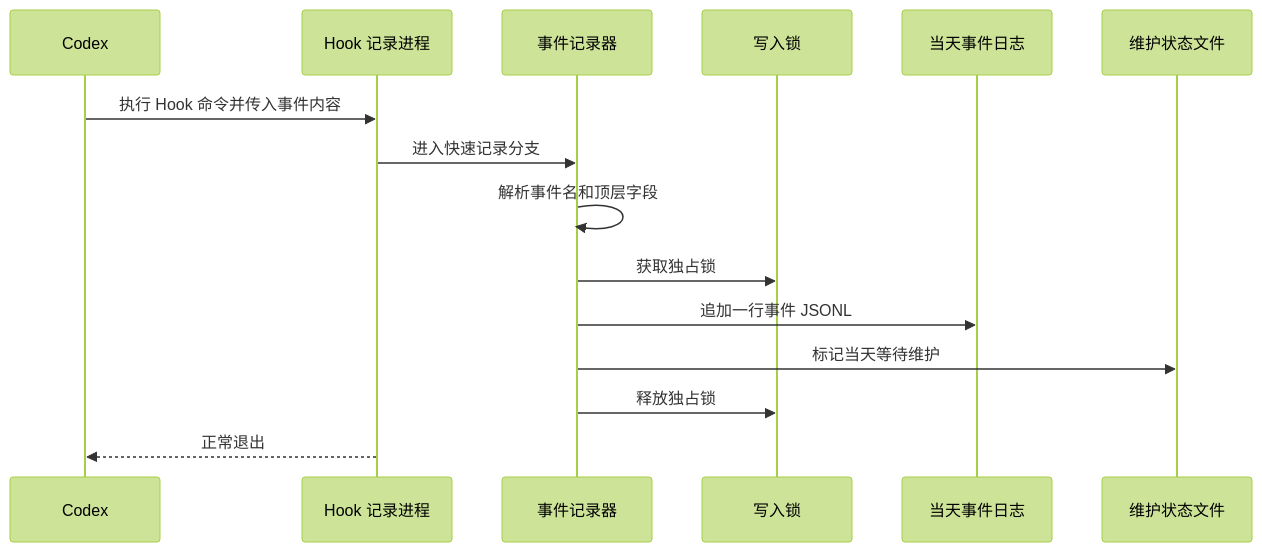
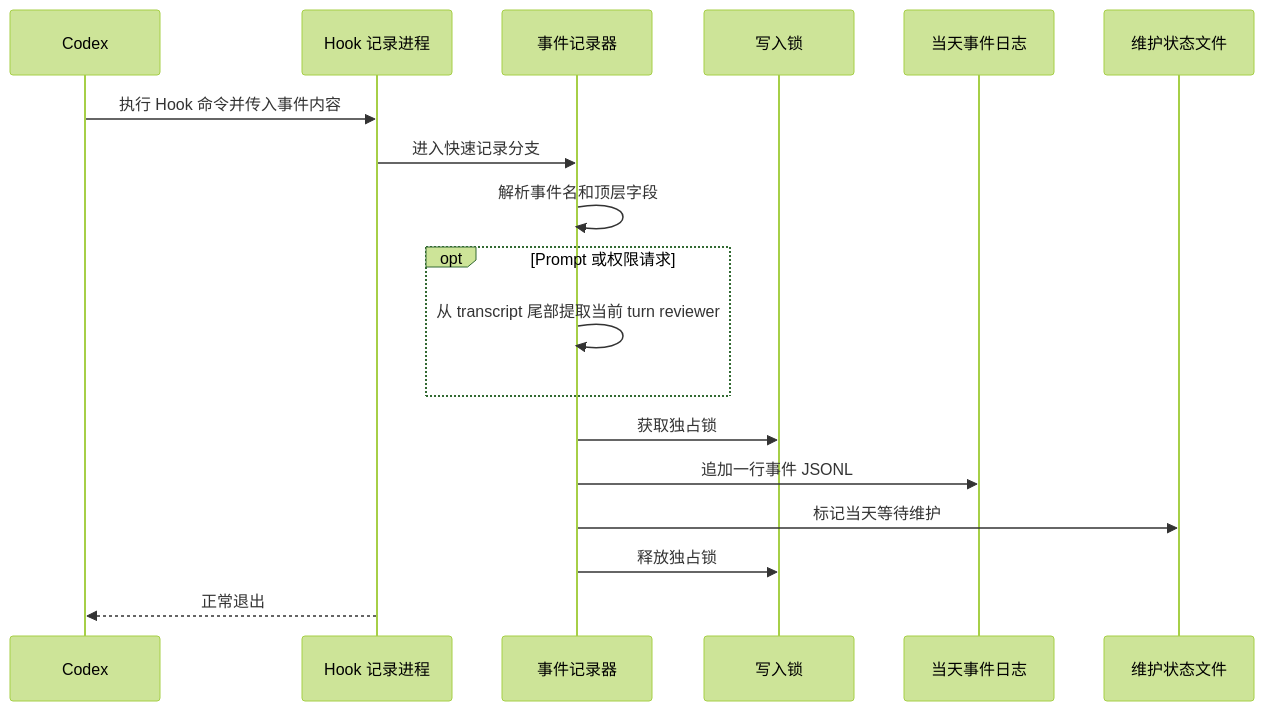
Before and after one commit to bob-zebedy/CodexBar: the fifth of 6 diagrams in Docs/DevelopmentGuide.md, drawn with Mermaid (forest theme). The commit also changed other lines of this file and 12 other files, not shown here.

````diff
--- a/Docs/DevelopmentGuide.md
+++ b/Docs/DevelopmentGuide.md
@@ -768,18 +768,21 @@
 ```mermaid
 sequenceDiagram
     participant Codex as Codex
     participant App as Hook 记录进程
     participant Recorder as 事件记录器
     participant Lock as 写入锁
     participant Events as 当天事件日志
     participant State as 维护状态文件
 
     Codex->>App: 执行 Hook 命令并传入事件内容
     App->>Recorder: 进入快速记录分支
     Recorder->>Recorder: 解析事件名和顶层字段
+    opt Prompt 或权限请求
+        Recorder->>Recorder: 从 transcript 尾部提取当前 turn reviewer
+    end
     Recorder->>Lock: 获取独占锁
     Recorder->>Events: 追加一行事件 JSONL
     Recorder->>State: 标记当天等待维护
     Recorder->>Lock: 释放独占锁
     App-->>Codex: 正常退出
 ```
````
